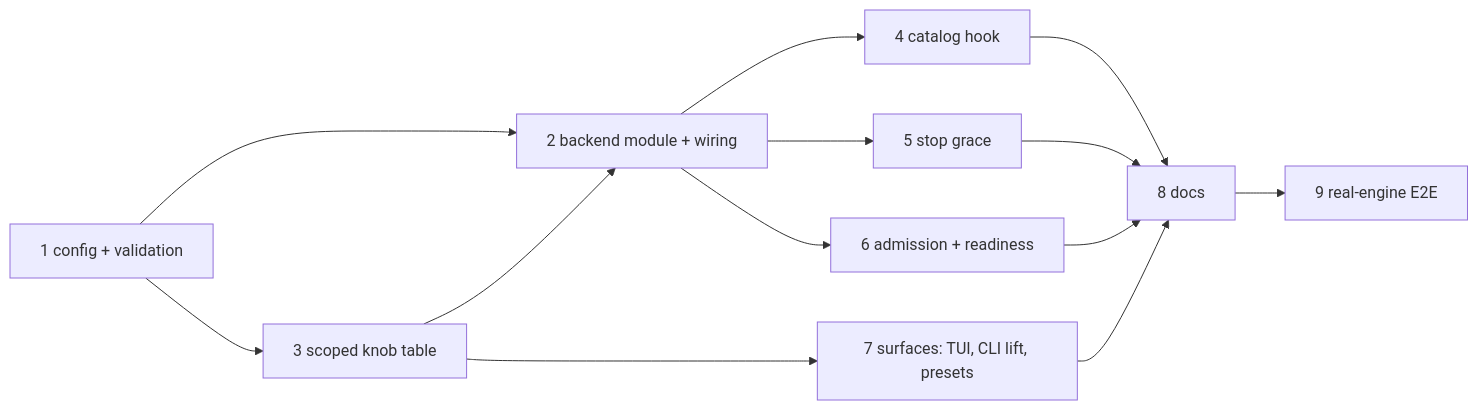
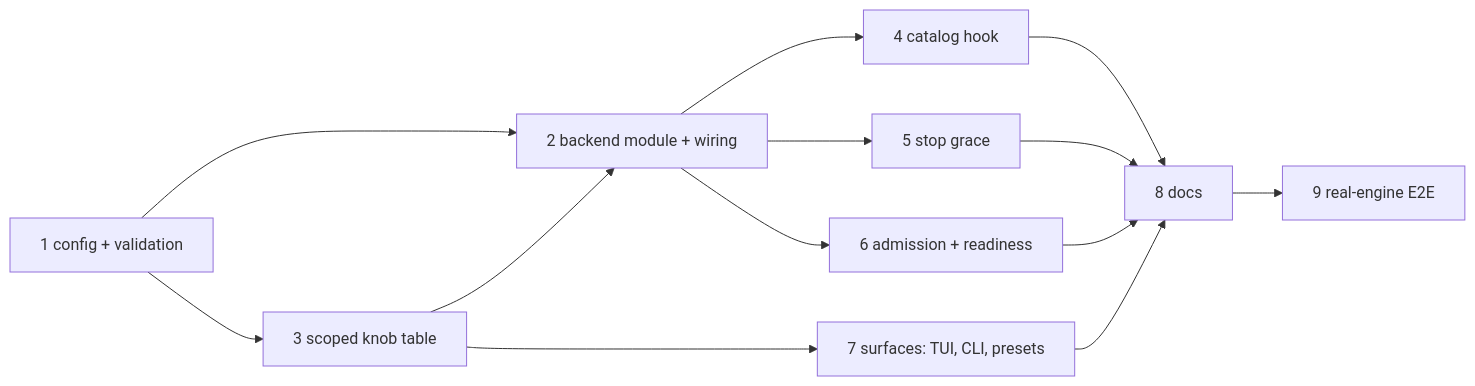
One commit to Penguinjanator/llamastash changed the second of 2 diagrams in docs/plans/2026-09-26-001-feat-generic-command-backend-plan.md. Above: the diagram before and after it, drawn with Mermaid. The commit also changed other lines of this file and 1 other file, not shown here.

Commit message:
docs(generic): drop stale extras-lift claims from the plan and knob parity test

````diff
--- a/docs/plans/2026-09-26-001-feat-generic-command-backend-plan.md
+++ b/docs/plans/2026-09-26-001-feat-generic-command-backend-plan.md
@@ -423,15 +420,15 @@
 ```mermaid
 flowchart LR
   U1[1 config + validation] --> U3[3 scoped knob table]
   U1 --> U2[2 backend module + wiring]
   U3 --> U2
   U2 --> U4[4 catalog hook]
   U2 --> U5[5 stop grace]
   U2 --> U6[6 admission + readiness]
-  U3 --> U7[7 surfaces: TUI, CLI lift, presets]
+  U3 --> U7[7 surfaces: TUI, CLI, presets]
   U4 --> U8[8 docs]
   U5 --> U8
   U6 --> U8
   U7 --> U8
   U8 --> U9[9 real-engine E2E]
 ```
````
